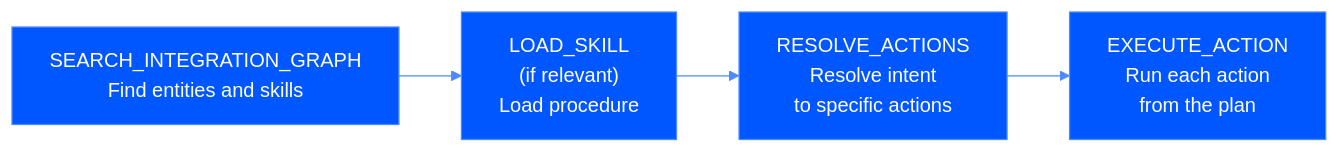
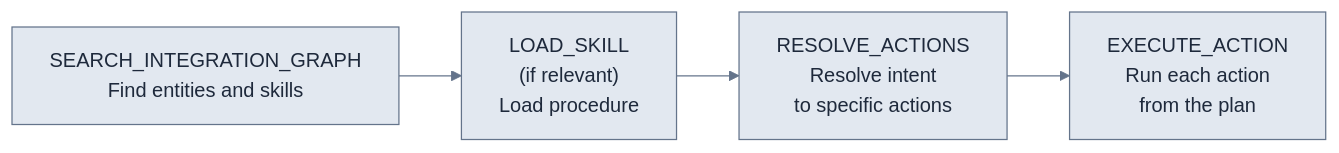
One commit to gocobalt/mintlify-docs changed the diagram in v3/mcp-ai-agents/tools-reference/tools.mdx. Above: the diagram before and after it, drawn with Mermaid. The commit also changed 4 other files, not shown here.

First line of the commit message:
Fix light-mode visibility: header CTA, mermaid palette; trim How it works

````diff
--- a/v3/mcp-ai-agents/tools-reference/tools.mdx
+++ b/v3/mcp-ai-agents/tools-reference/tools.mdx
@@ -227,7 +227,7 @@
 ```mermaid
-%%{init: {'theme':'base','themeVariables':{'primaryColor':'#0057FF','primaryTextColor':'#ffffff','primaryBorderColor':'#4D8AFF','lineColor':'#4D8AFF','secondaryColor':'#0D001D','tertiaryColor':'#0D001D','tertiaryTextColor':'#ffffff'}}}%%
+%%{init: {'theme':'base','themeVariables':{'primaryColor':'#E2E8F0','primaryTextColor':'#1E293B','primaryBorderColor':'#64748B','lineColor':'#64748B','secondaryColor':'#E2E8F0','tertiaryColor':'#F1F5F9','tertiaryTextColor':'#1E293B'}}}%%
 flowchart LR
     A["SEARCH_INTEGRATION_GRAPH<br/>Find entities and skills"] --> B["LOAD_SKILL<br/>(if relevant)<br/>Load procedure"]
     B --> C["RESOLVE_ACTIONS<br/>Resolve intent<br/>to specific actions"]
     C --> D["EXECUTE_ACTION<br/>Run each action<br/>from the plan"]
 ```
````
